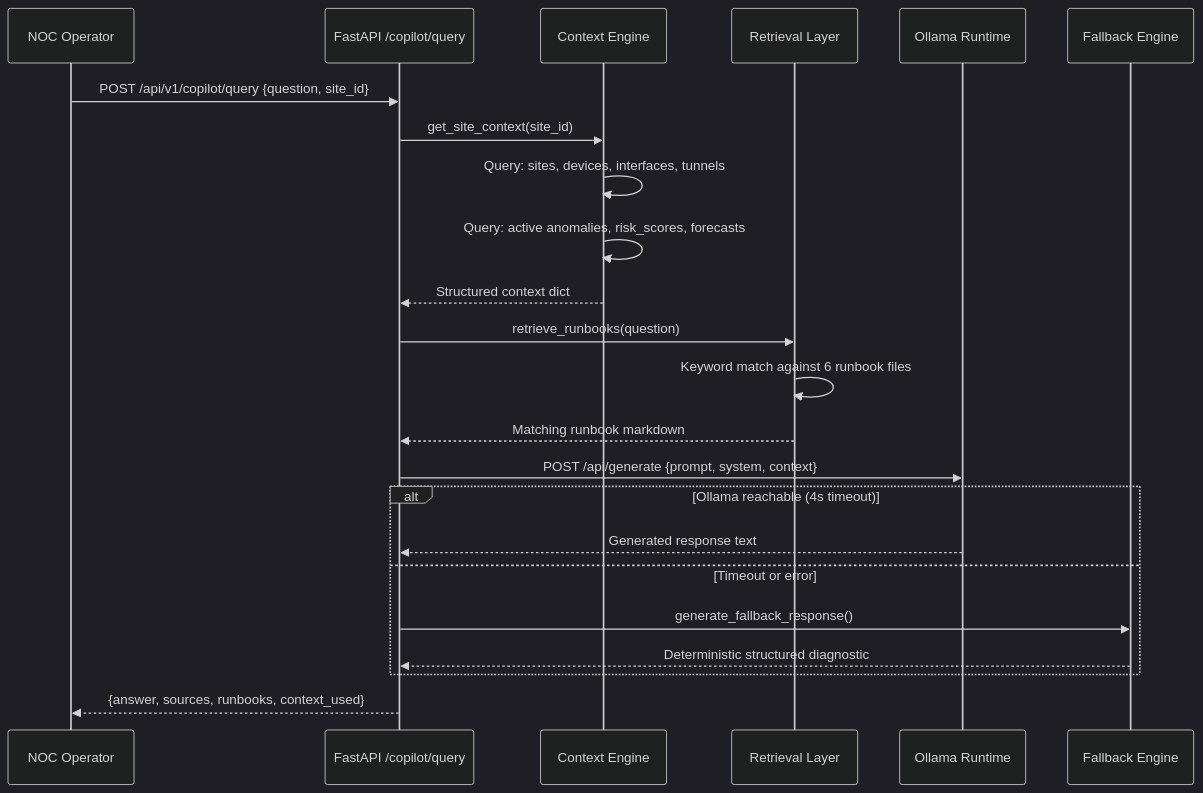
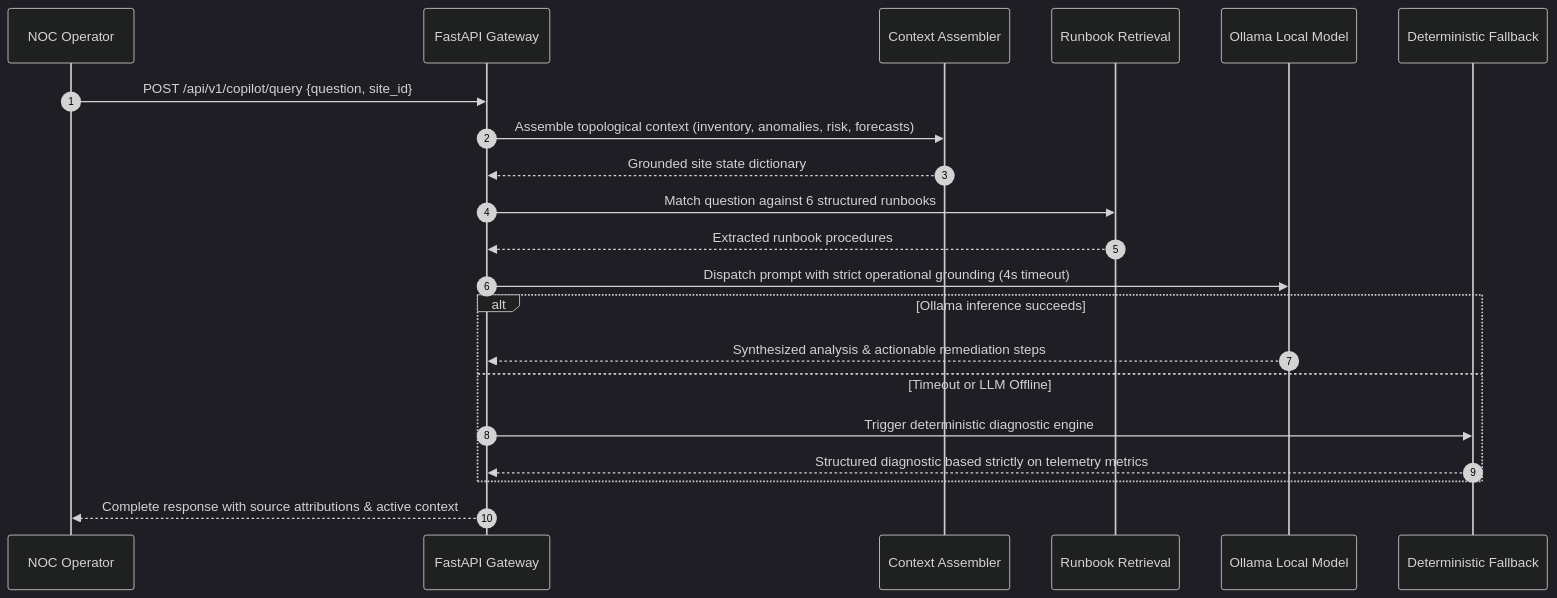
The fourth of 7 diagrams in README.md (ayushkumar2601/Plutopus), drawn with Mermaid (dark theme) before and after one commit. The commit also changed other lines of this file, not shown here.

Commit message:
docs: revamp README with high-impact architecture, predictive AI and air-gap specs

````diff
--- a/README.md
+++ b/README.md
@@ -260,26 +216,24 @@
 ```mermaid
 sequenceDiagram
-    participant User as NOC Operator
-    participant API as FastAPI /copilot/query
-    participant CTX as Context Engine
-    participant RTV as Retrieval Layer
-    participant LLM as Ollama Runtime
-    participant FB as Fallback Engine
+    autonumber
+    participant Op as NOC Operator
+    participant API as FastAPI Gateway
+    participant CTX as Context Assembler
+    participant RAG as Runbook Retrieval
+    participant LLM as Ollama Local Model
+    participant FB as Deterministic Fallback
 
-    User->>API: POST /api/v1/copilot/query {question, site_id}
-    API->>CTX: get_site_context(site_id)
-    CTX->>CTX: Query: sites, devices, interfaces, tunnels
-    CTX->>CTX: Query: active anomalies, risk_scores, forecasts
-    CTX-->>API: Structured context dict
-    API->>RTV: retrieve_runbooks(question)
-    RTV->>RTV: Keyword match against 6 runbook files
-    RTV-->>API: Matching runbook markdown
-    API->>LLM: POST /api/generate {prompt, system, context}
-    alt Ollama reachable (4s timeout)
-        LLM-->>API: Generated response text
-    else Timeout or error
-        API->>FB: generate_fallback_response()
-        FB-->>API: Deterministic structured diagnostic
+    Op->>API: POST /api/v1/copilot/query {question, site_id}
+    API->>CTX: Assemble topological context (inventory, anomalies, risk, forecasts)
+    CTX-->>API: Grounded site state dictionary
+    API->>RAG: Match question against 6 structured runbooks
+    RAG-->>API: Extracted runbook procedures
+    API->>LLM: Dispatch prompt with strict operational grounding (4s timeout)
+    alt Ollama inference succeeds
+        LLM-->>API: Synthesized analysis & actionable remediation steps
+    else Timeout or LLM Offline
+        API->>FB: Trigger deterministic diagnostic engine
+        FB-->>API: Structured diagnostic based strictly on telemetry metrics
     end
-    API-->>User: {answer, sources, runbooks, context_used}
+    API-->>Op: Complete response with source attributions & active context
 ```
````
